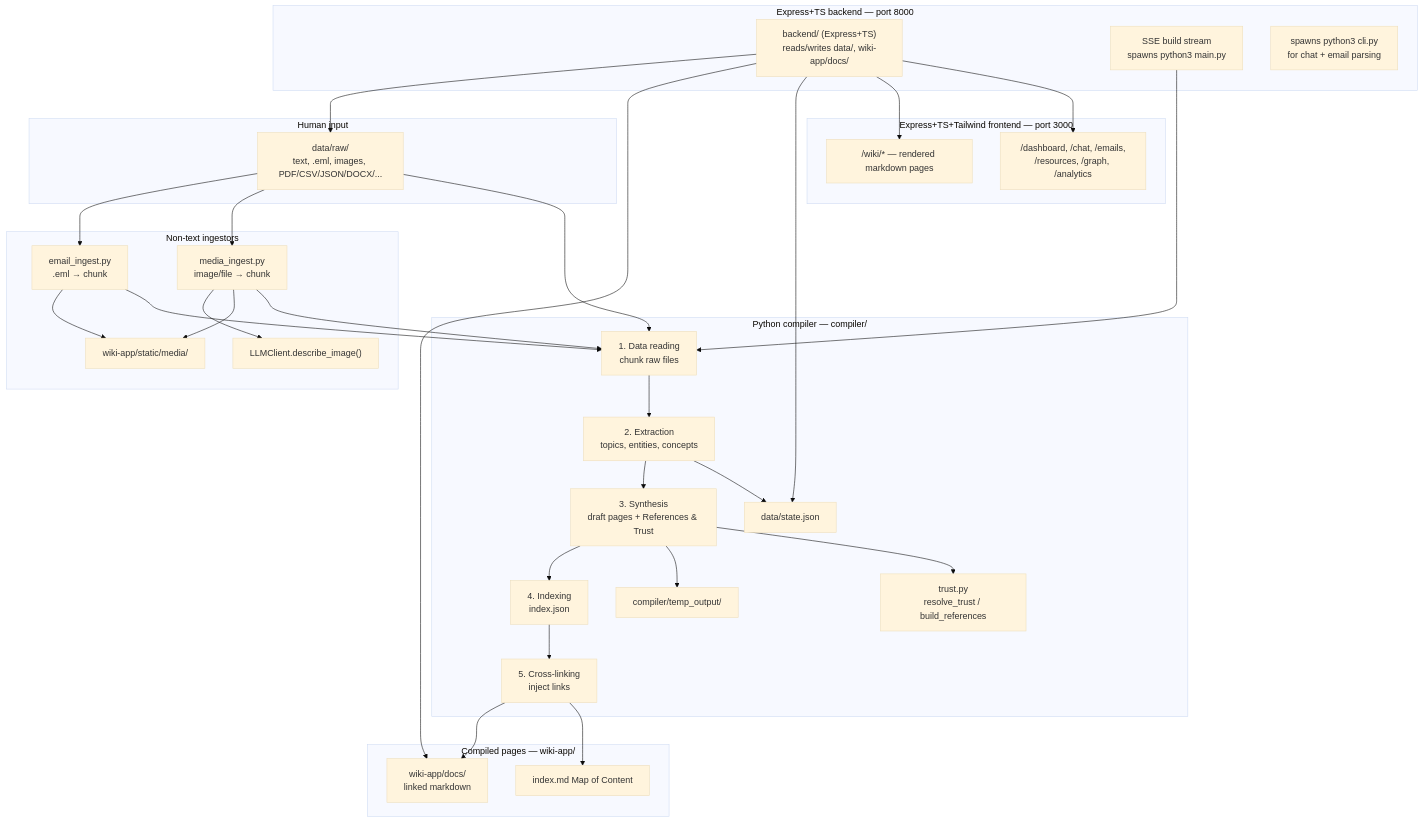
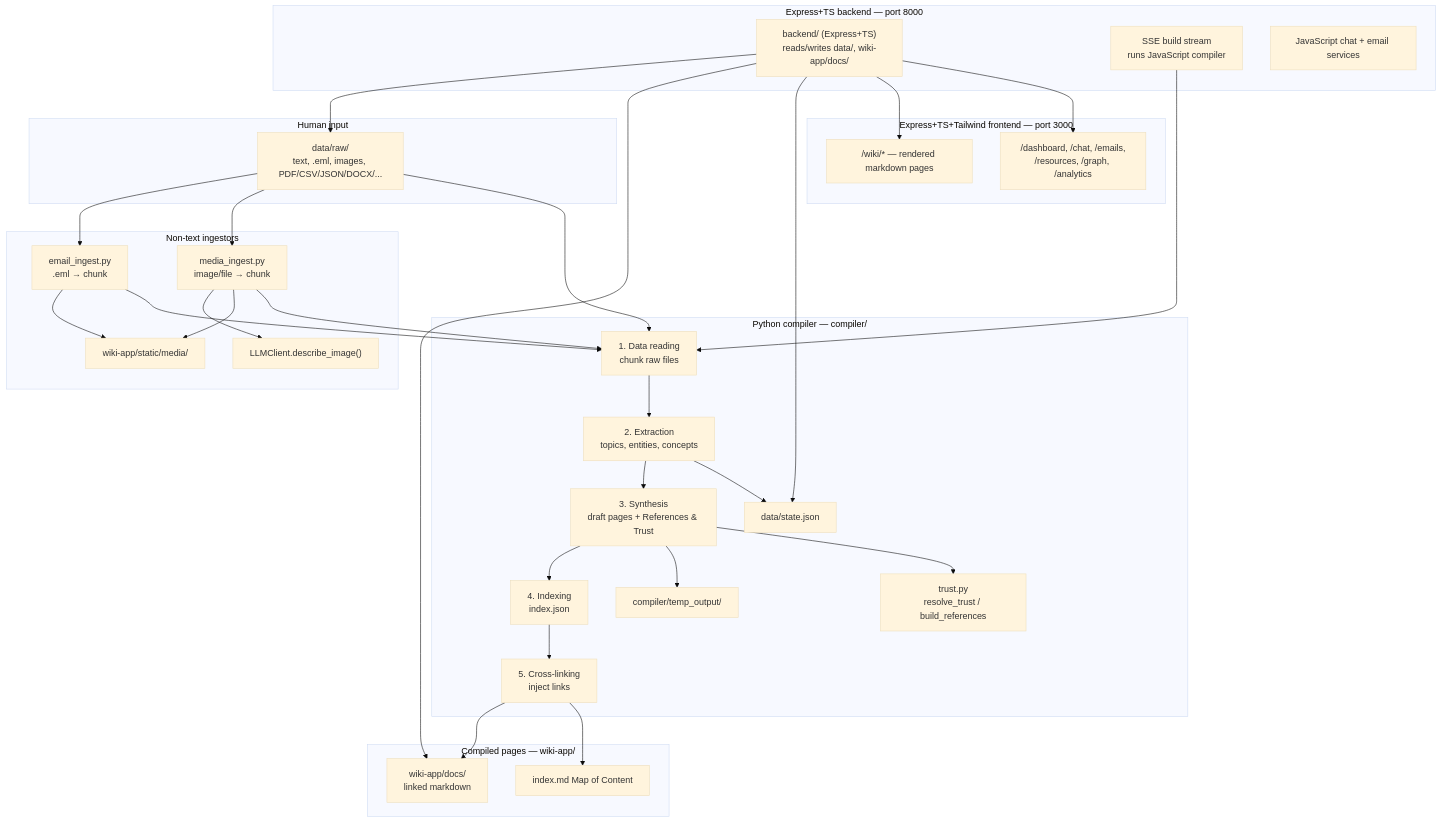
One commit to navidfalah/wiki changed the diagram in documentation/03-architecture.md. Above: the diagram before and after it, drawn with Mermaid (base theme). The commit also changed other lines of this file and 81 other files, not shown here.

Commit message:
refactor: migrate python compiler modules to javascript and update backend services

````diff
--- a/documentation/03-architecture.md
+++ b/documentation/03-architecture.md
@@ -7,61 +7,61 @@
 ```mermaid
 flowchart TB
     subgraph input [Human input]
         RAW["data/raw/<br/>text, .eml, images, PDF/CSV/JSON/DOCX/..."]
     end
 
     subgraph ingest [Non-text ingestors]
         EMAIL["email_ingest.py<br/>.eml → chunk"]
         MEDIA["media_ingest.py<br/>image/file → chunk"]
         VISION["LLMClient.describe_image()"]
         STATIC["wiki-app/static/media/"]
         MEDIA --> VISION
         MEDIA --> STATIC
         EMAIL --> STATIC
     end
 
     subgraph compiler [Python compiler — compiler/]
         S1["1. Data reading<br/>chunk raw files"]
         S2["2. Extraction<br/>topics, entities, concepts"]
         S3["3. Synthesis<br/>draft pages + References & Trust"]
         S4["4. Indexing<br/>index.json"]
         S5["5. Cross-linking<br/>inject links"]
         TRUST["trust.py<br/>resolve_trust / build_references"]
         TEMP["compiler/temp_output/"]
         STATE["data/state.json"]
         S1 --> S2 --> S3 --> S4 --> S5
         S3 --> TEMP
         S2 --> STATE
         S3 --> TRUST
     end
 
     subgraph output [Compiled pages — wiki-app/]
         DOCS["wiki-app/docs/<br/>linked markdown"]
         MOC["index.md Map of Content"]
     end
 
     subgraph backend [Express+TS backend — port 8000]
         NODE["backend/ (Express+TS)<br/>reads/writes data/, wiki-app/docs/"]
-        SSE["SSE build stream<br/>spawns python3 main.py"]
-        BRIDGE["spawns python3 cli.py<br/>for chat + email parsing"]
+        SSE["SSE build stream<br/>runs JavaScript compiler"]
+        BRIDGE["JavaScript chat + email services"]
     end
 
     subgraph frontend [Express+TS+Tailwind frontend — port 3000]
         WIKIVIEW["/wiki/* — rendered markdown pages"]
         DASHVIEW["/dashboard, /chat, /emails,<br/>/resources, /graph, /analytics"]
     end
 
     RAW --> EMAIL
     RAW --> MEDIA
     RAW --> S1
     EMAIL --> S1
     MEDIA --> S1
     S5 --> DOCS
     S5 --> MOC
     NODE --> RAW
     NODE --> DOCS
     NODE --> STATE
     SSE --> S1
     NODE --> WIKIVIEW
     NODE --> DASHVIEW
 ```
````
